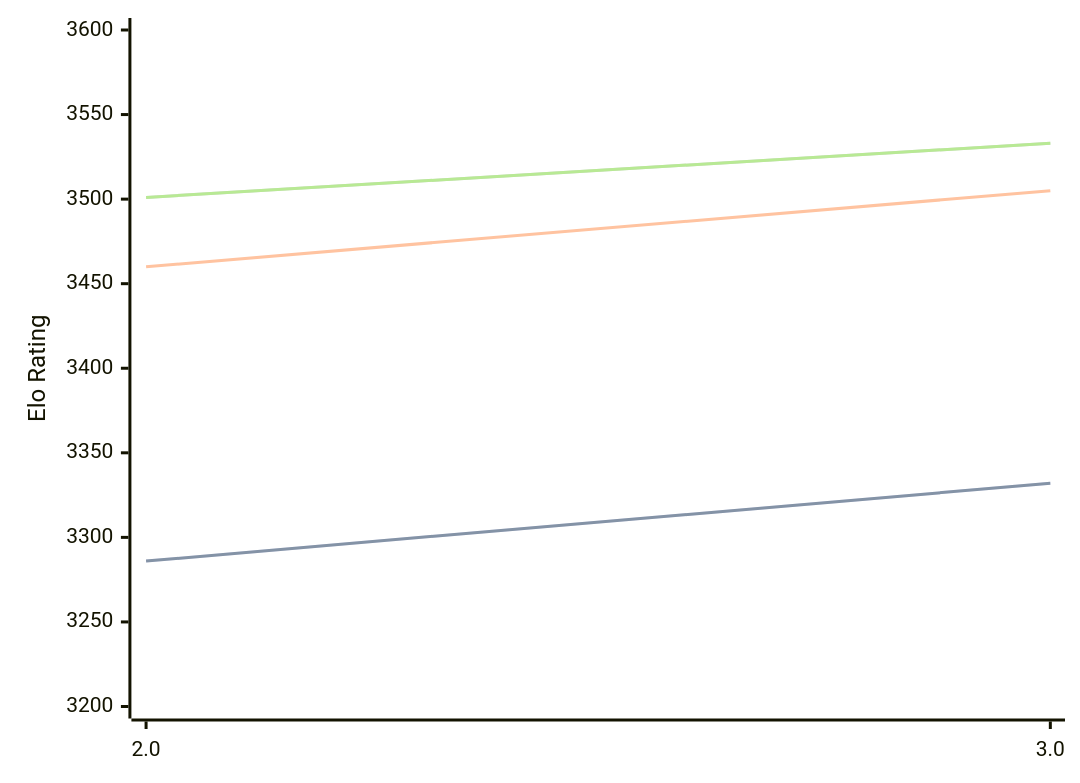
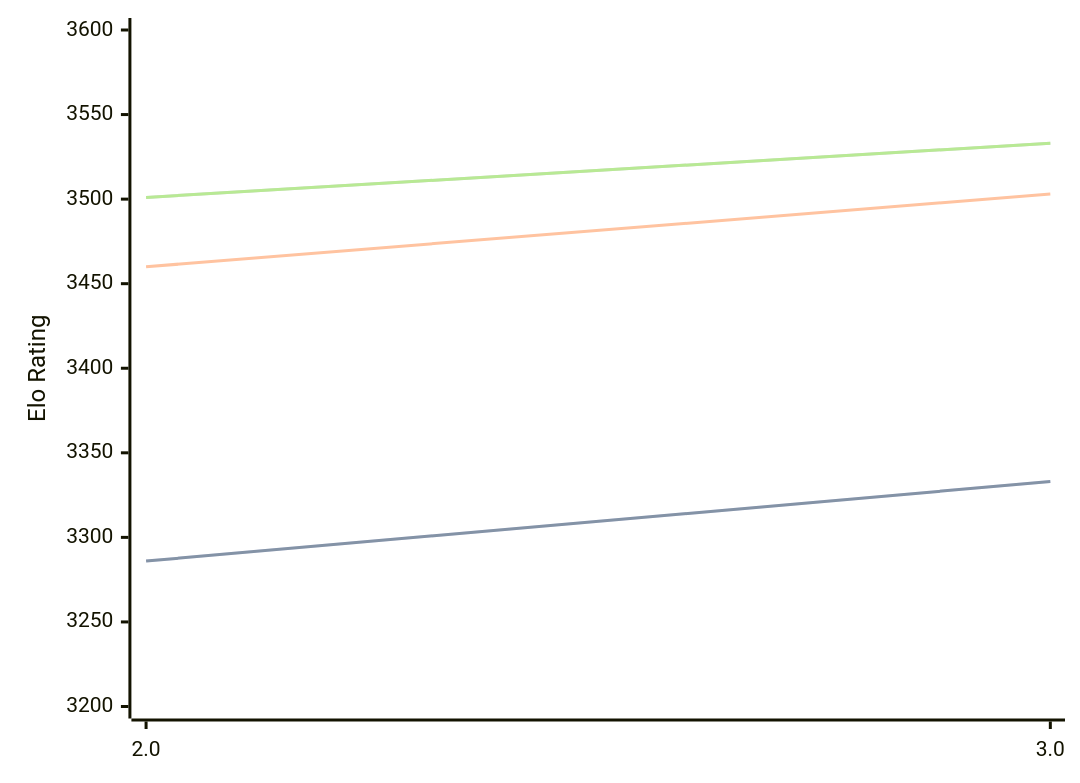
Before and after one commit to computer-chess-index/cci: the first of 3 diagrams in engines/Quanticade.md, drawn with Mermaid. The commit also changed other lines of this file, not shown here.

````diff
--- a/engines/Quanticade.md
+++ b/engines/Quanticade.md
@@ -41,11 +41,11 @@
 ```mermaid
 %%{init: {"theme":"base","themeVariables":{"seriesColors:['#a3a3a3','#222221','#faa371']}}}%%
 xychart-beta
   x-axis ["2.0", "3.0"]
   y-axis "Elo Rating" 3200 --> 3600
-  line "STC (8.0+0.08s)" [3286, 3332]
-  line "STC (8.0+0.08s)" [3286, 3332]
-  line "LTC (60.0+0.60s)" [3460, 3505]
+  line "STC (8.0+0.08s)" [3286, 3333]
+  line "STC (8.0+0.08s)" [3286, 3333]
+  line "LTC (60.0+0.60s)" [3460, 3503]
   line "VLTC (2m24s+1.12s)" [3501, 3533]
   line "VLTC (2m24s+1.12s)" [3501, 3533]
 ```
````
